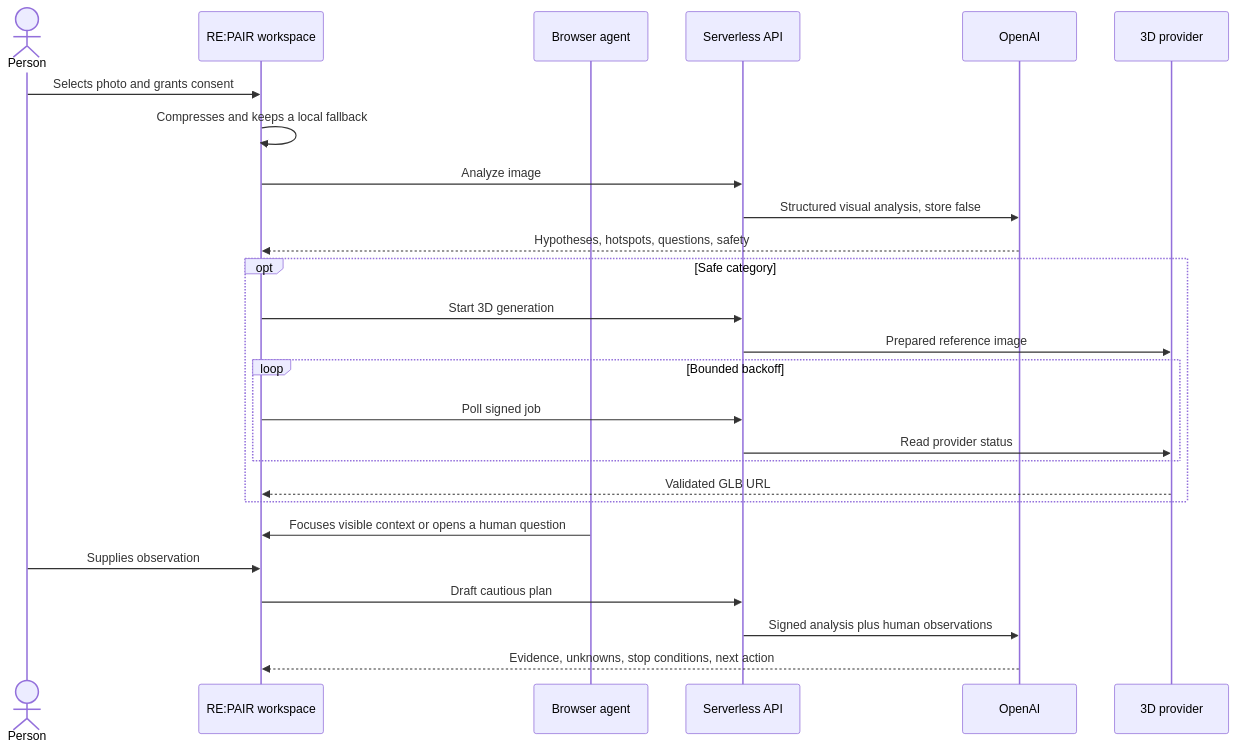
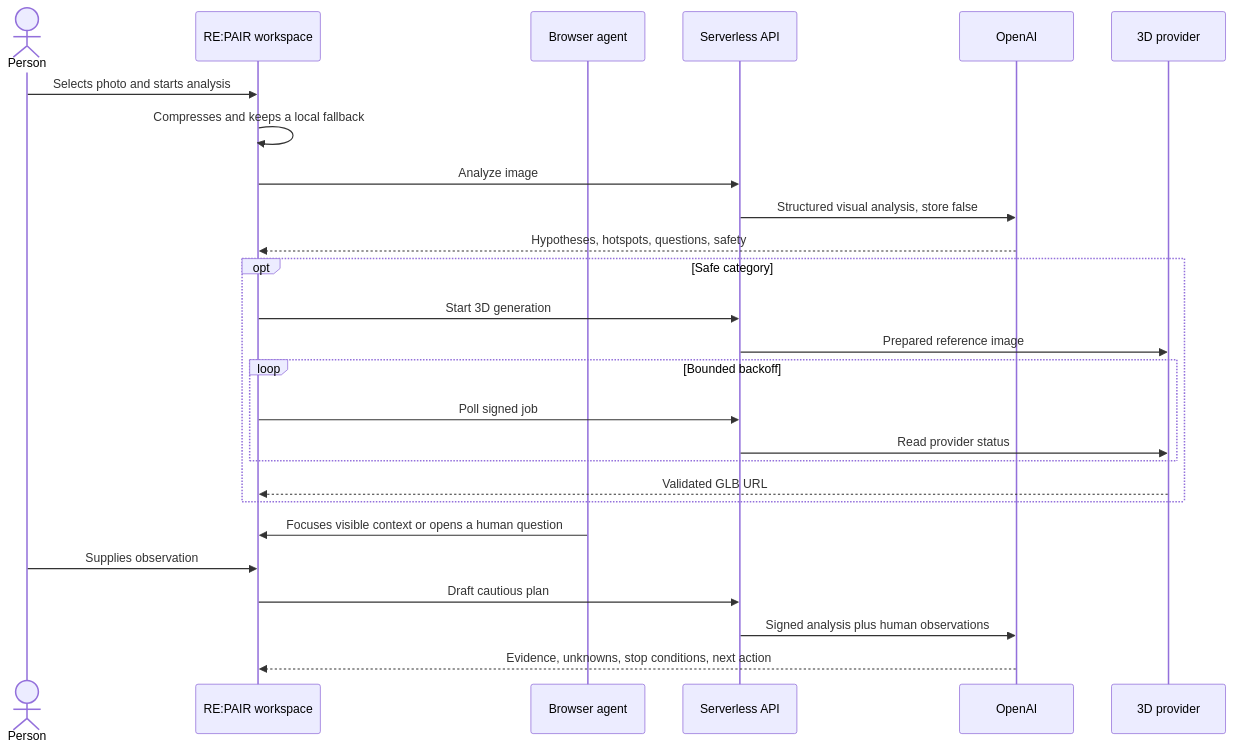
One commit to appdever01/repair-webmcp changed the second of 2 diagrams in README.md. Above: the diagram before and after it, drawn with Mermaid. The commit also changed other lines of this file and 17 other files, not shown here.

````diff
--- a/README.md
+++ b/README.md
@@ -49,29 +49,29 @@
 ```mermaid
 sequenceDiagram
   actor Person
   participant UI as RE:PAIR workspace
   participant Agent as Browser agent
   participant API as Serverless API
   participant OpenAI
   participant Provider as 3D provider
 
-  Person->>UI: Selects photo and grants consent
+  Person->>UI: Selects photo and starts analysis
   UI->>UI: Compresses and keeps a local fallback
   UI->>API: Analyze image
   API->>OpenAI: Structured visual analysis, store false
   OpenAI-->>UI: Hypotheses, hotspots, questions, safety
   opt Safe category
     UI->>API: Start 3D generation
     API->>Provider: Prepared reference image
     loop Bounded backoff
       UI->>API: Poll signed job
       API->>Provider: Read provider status
     end
     Provider-->>UI: Validated GLB URL
   end
   Agent->>UI: Focuses visible context or opens a human question
   Person->>UI: Supplies observation
   UI->>API: Draft cautious plan
   API->>OpenAI: Signed analysis plus human observations
   OpenAI-->>UI: Evidence, unknowns, stop conditions, next action
 ```
````
